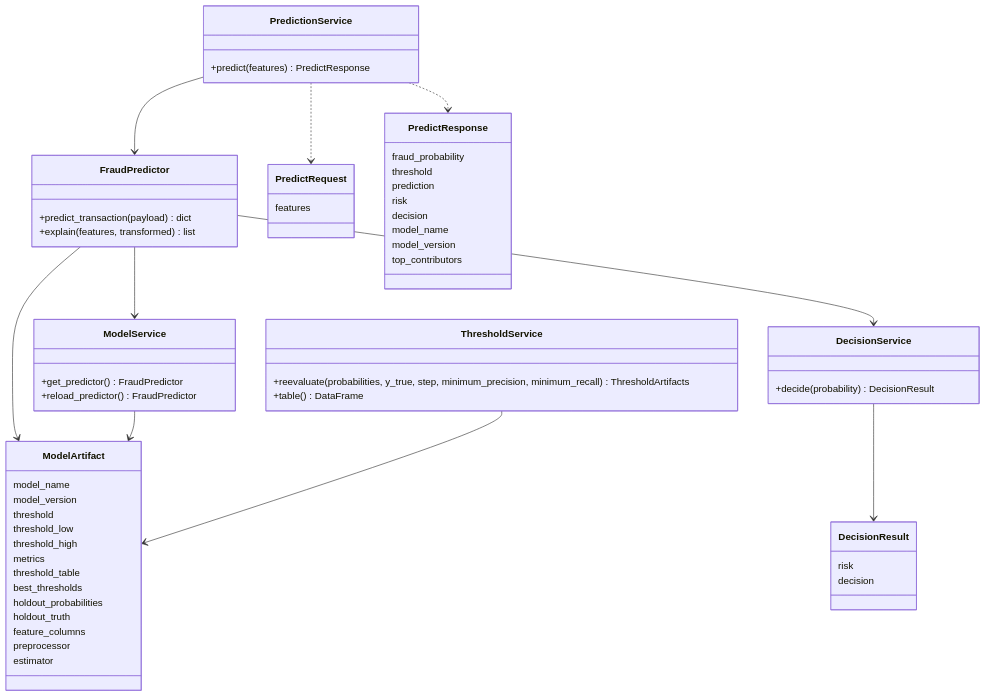
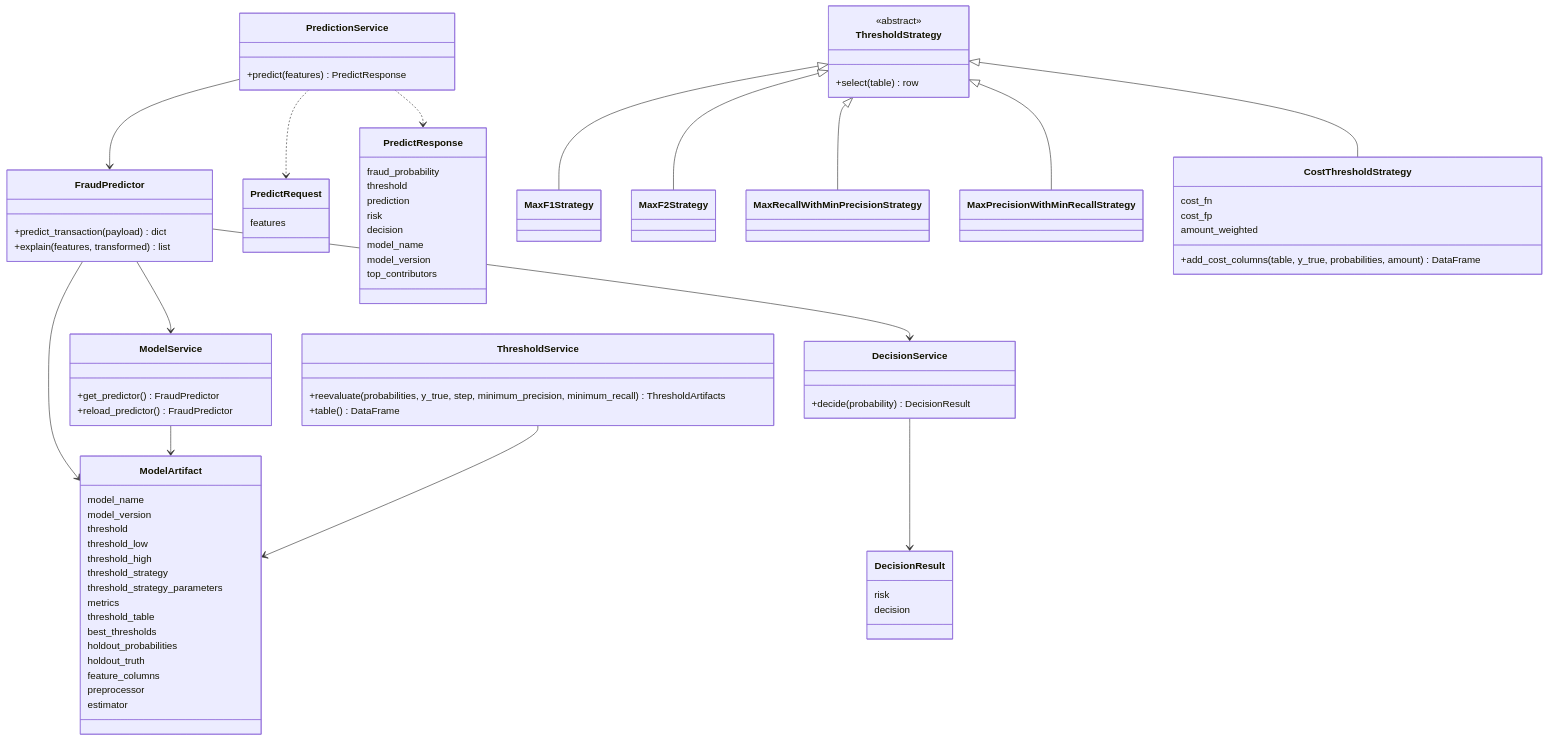
Before and after one commit to CaioTeramito/MVP-FraudDetection: the diagram in docs/diagrams/04_classes.md, drawn with Mermaid. The commit also changed 18 other files, not shown here.

````diff
--- a/docs/diagrams/04_classes.md
+++ b/docs/diagrams/04_classes.md
@@ -26,6 +26,8 @@
       threshold
       threshold_low
       threshold_high
+      threshold_strategy
+      threshold_strategy_parameters
       metrics
       threshold_table
       best_thresholds
@@ -52,6 +54,20 @@
       risk
       decision
     }
+    class ThresholdStrategy {
+      <<abstract>>
+      +select(table) row
+    }
+    class MaxF1Strategy
+    class MaxF2Strategy
+    class MaxRecallWithMinPrecisionStrategy
+    class MaxPrecisionWithMinRecallStrategy
+    class CostThresholdStrategy {
+      cost_fn
+      cost_fp
+      amount_weighted
+      +add_cost_columns(table, y_true, probabilities, amount) DataFrame
+    }
 
     PredictionService --> FraudPredictor
     PredictionService ..> PredictRequest
@@ -62,4 +78,9 @@
     DecisionService --> DecisionResult
     ModelService --> ModelArtifact
     ThresholdService --> ModelArtifact
+    ThresholdStrategy <|-- MaxF1Strategy
+    ThresholdStrategy <|-- MaxF2Strategy
+    ThresholdStrategy <|-- MaxRecallWithMinPrecisionStrategy
+    ThresholdStrategy <|-- MaxPrecisionWithMinRecallStrategy
+    ThresholdStrategy <|-- CostThresholdStrategy
 ```
````
